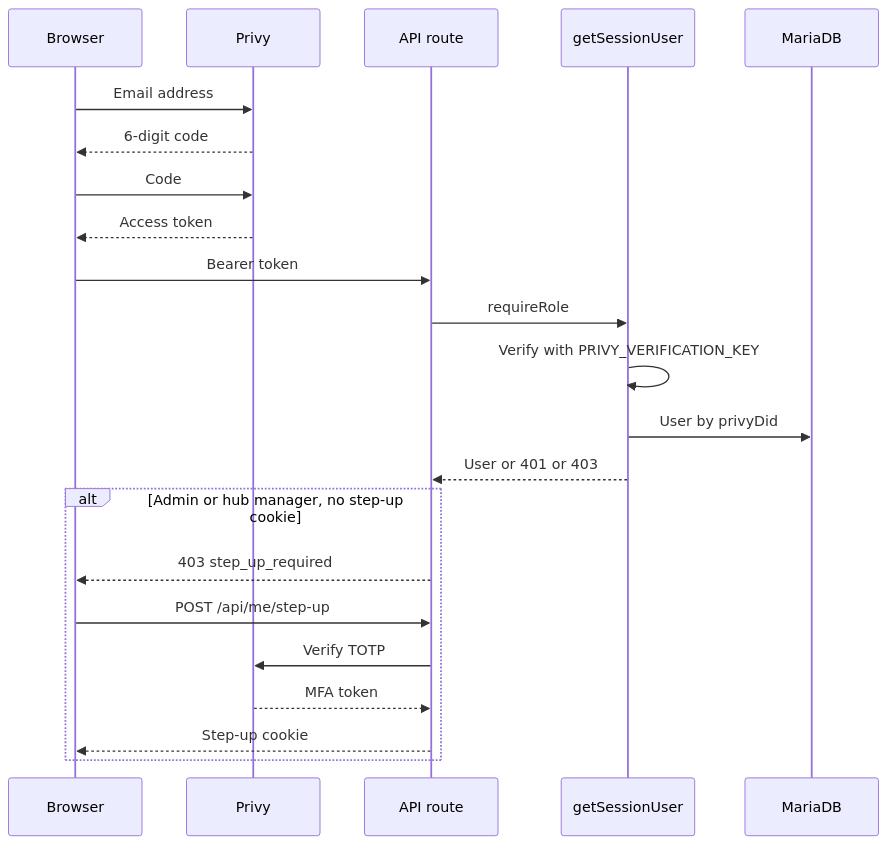
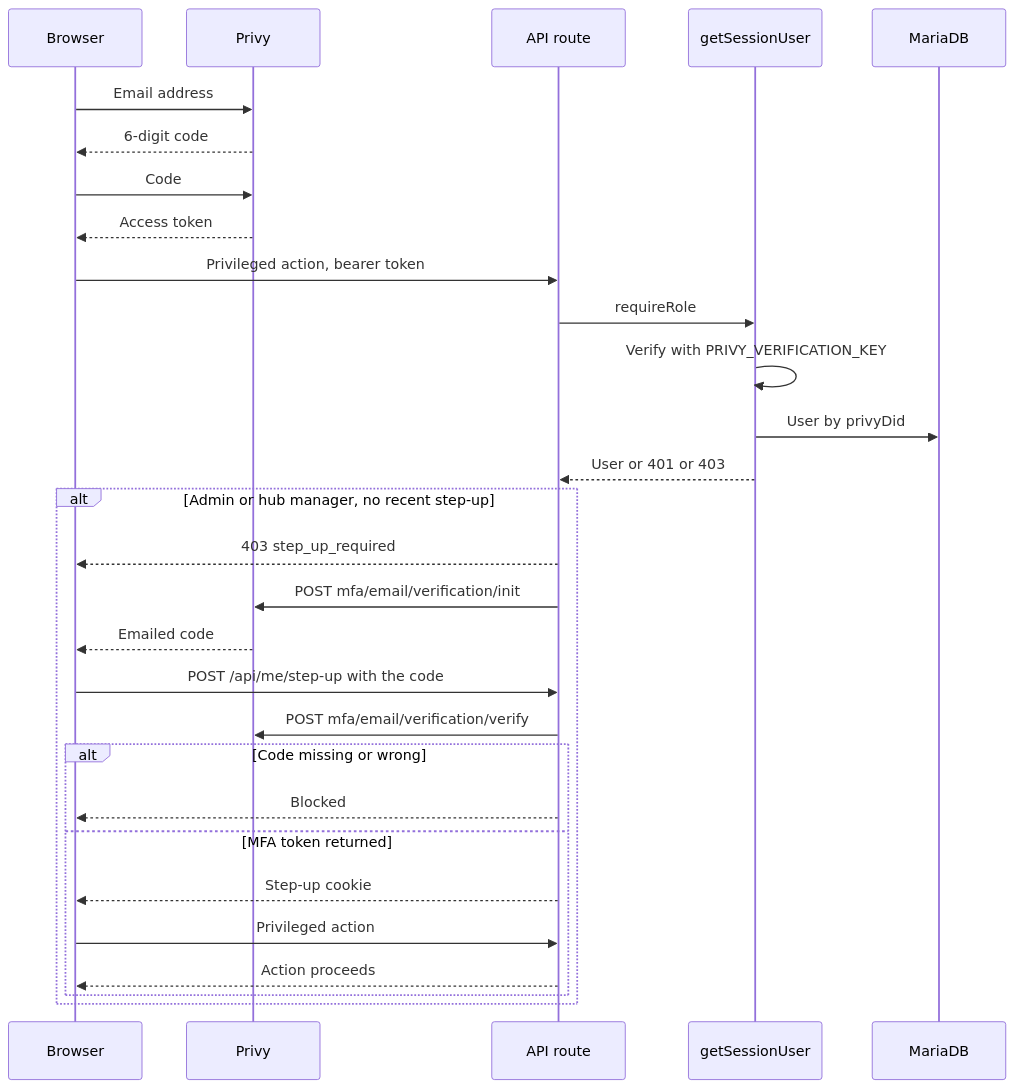
Before and after one commit to christex-foundation/future-of-work: the second of 4 diagrams in docs/architecture/data-flow.md, drawn with Mermaid. The commit also changed other lines of this file and 4 other files, not shown here.

First line of the commit message:
docs: admin step-up is Privy email MFA, no TOTP (ADR-0006 amendment) (#10)

````diff
--- a/docs/architecture/data-flow.md
+++ b/docs/architecture/data-flow.md
@@ -38,24 +38,31 @@
 ```mermaid
 sequenceDiagram
   participant Browser
   participant Privy
   participant API as API route
   participant Session as getSessionUser
   participant DB as MariaDB
   Browser->>Privy: Email address
   Privy-->>Browser: 6-digit code
   Browser->>Privy: Code
   Privy-->>Browser: Access token
-  Browser->>API: Bearer token
+  Browser->>API: Privileged action, bearer token
   API->>Session: requireRole
   Session->>Session: Verify with PRIVY_VERIFICATION_KEY
   Session->>DB: User by privyDid
   Session-->>API: User or 401 or 403
-  alt Admin or hub manager, no step-up cookie
+  alt Admin or hub manager, no recent step-up
     API-->>Browser: 403 step_up_required
-    Browser->>API: POST /api/me/step-up
-    API->>Privy: Verify TOTP
-    Privy-->>API: MFA token
-    API-->>Browser: Step-up cookie
+    API->>Privy: POST mfa/email/verification/init
+    Privy-->>Browser: Emailed code
+    Browser->>API: POST /api/me/step-up with the code
+    API->>Privy: POST mfa/email/verification/verify
+    alt Code missing or wrong
+      API-->>Browser: Blocked
+    else MFA token returned
+      API-->>Browser: Step-up cookie
+      Browser->>API: Privileged action
+      API-->>Browser: Action proceeds
+    end
   end
 ```
````
